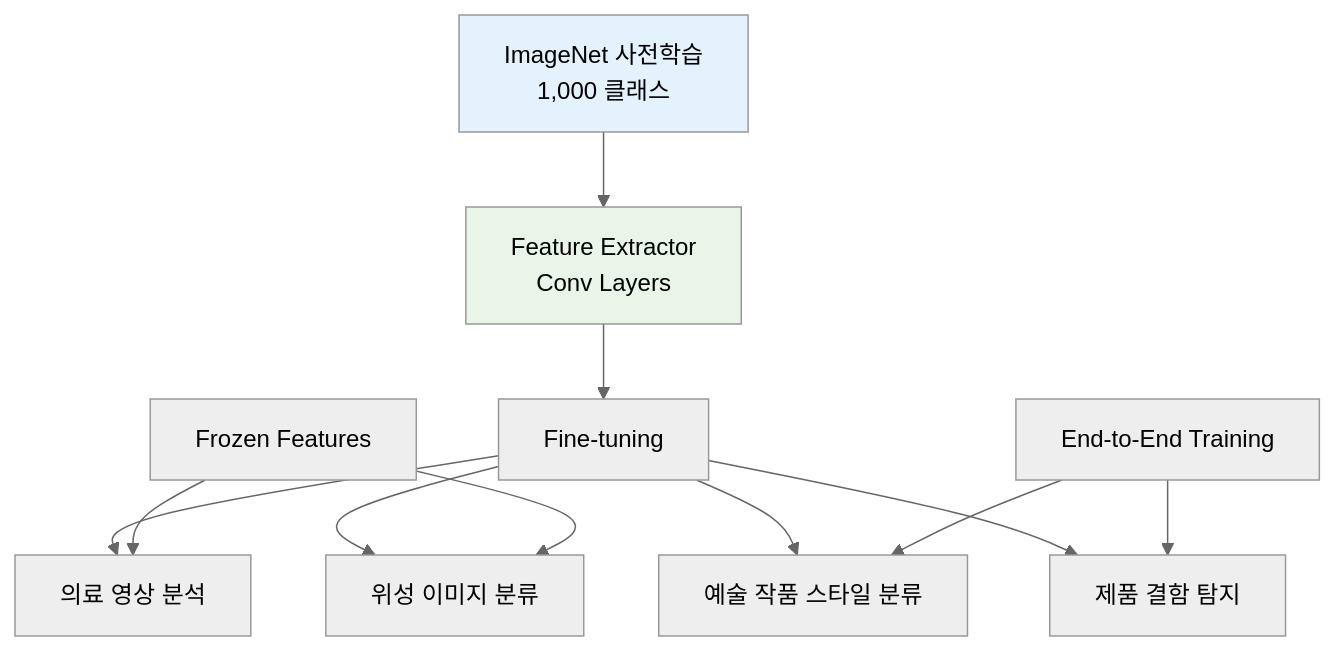
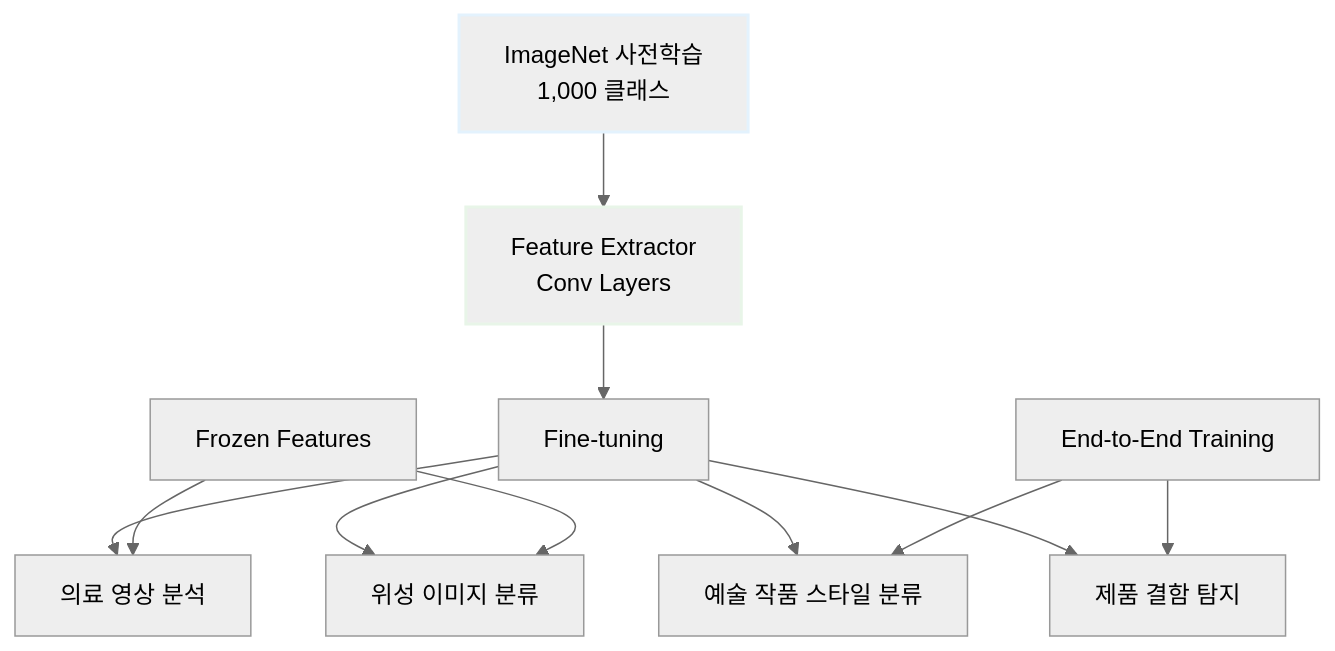
Before and after one commit to c0z0c/sprint_mission: the eighth of 10 diagrams in 스터디/VGGNet_02.md, drawn with Mermaid (neutral theme). The commit also changed other lines of this file and 14 other files, not shown here.

````diff
--- a/스터디/VGGNet_02.md
+++ b/스터디/VGGNet_02.md
@@ -348,18 +348,18 @@
 ```mermaid
 graph TD
     A["ImageNet 사전학습<br/>1,000 클래스"] --> B["Feature Extractor<br/>Conv Layers"]
     B --> C["Fine-tuning"]
     
     C --> D["의료 영상 분석"]
     C --> E["위성 이미지 분류"]
     C --> F["예술 작품 스타일 분류"]
     C --> G["제품 결함 탐지"]
     
     H["Frozen Features"] --> D
     H --> E
     I["End-to-End Training"] --> F
     I --> G
     
-    style A fill:#e3f2fd
-    style B fill:#e8f5e8
+    style A stroke-width:2px,stroke:#e3f2fd
+    style B stroke-width:2px,stroke:#e8f5e8
 ```
````
